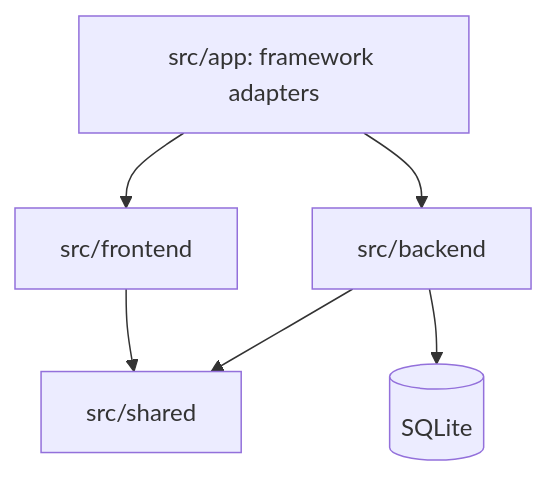
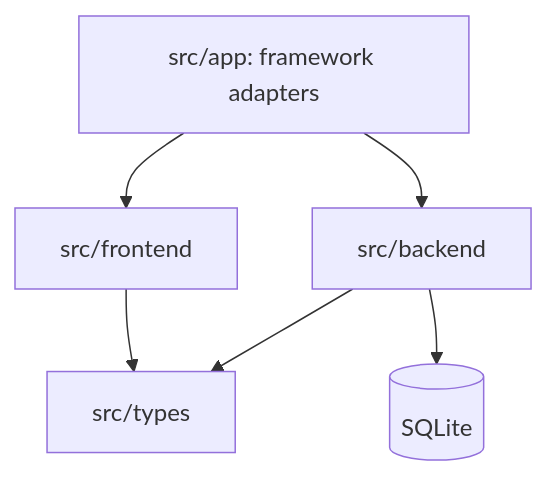
Before and after one commit to Codenamekidnextdoor/Lab1_TodoList: the second of 2 diagrams in docs/PROJECT_PLAN.md, drawn with Mermaid. The commit also changed other lines of this file and 7 other files, not shown here.

````diff
--- a/docs/PROJECT_PLAN.md
+++ b/docs/PROJECT_PLAN.md
@@ -58,8 +58,8 @@
 ```mermaid
 flowchart TD
     APP[src/app: framework adapters] --> FRONTEND[src/frontend]
     APP --> BACKEND[src/backend]
-    FRONTEND --> SHARED[src/shared]
-    BACKEND --> SHARED
+    FRONTEND --> TYPES[src/types]
+    BACKEND --> TYPES
     BACKEND --> SQLITE[(SQLite)]
 ```
````
